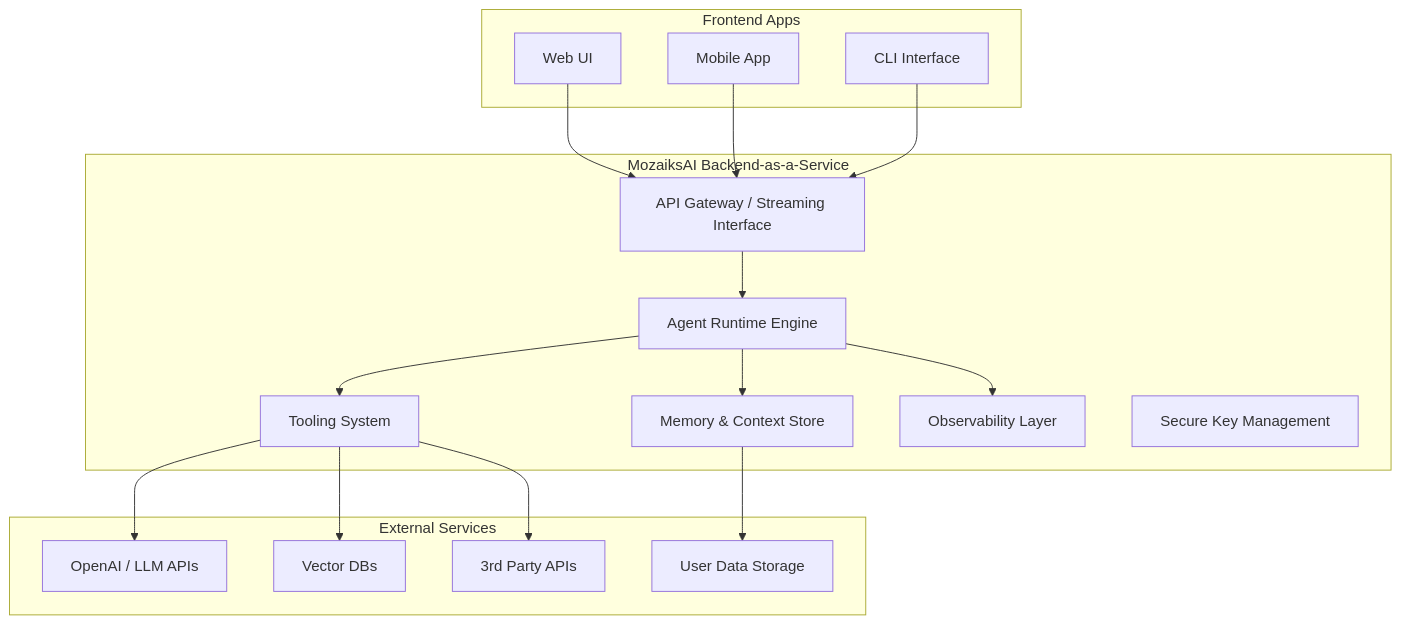
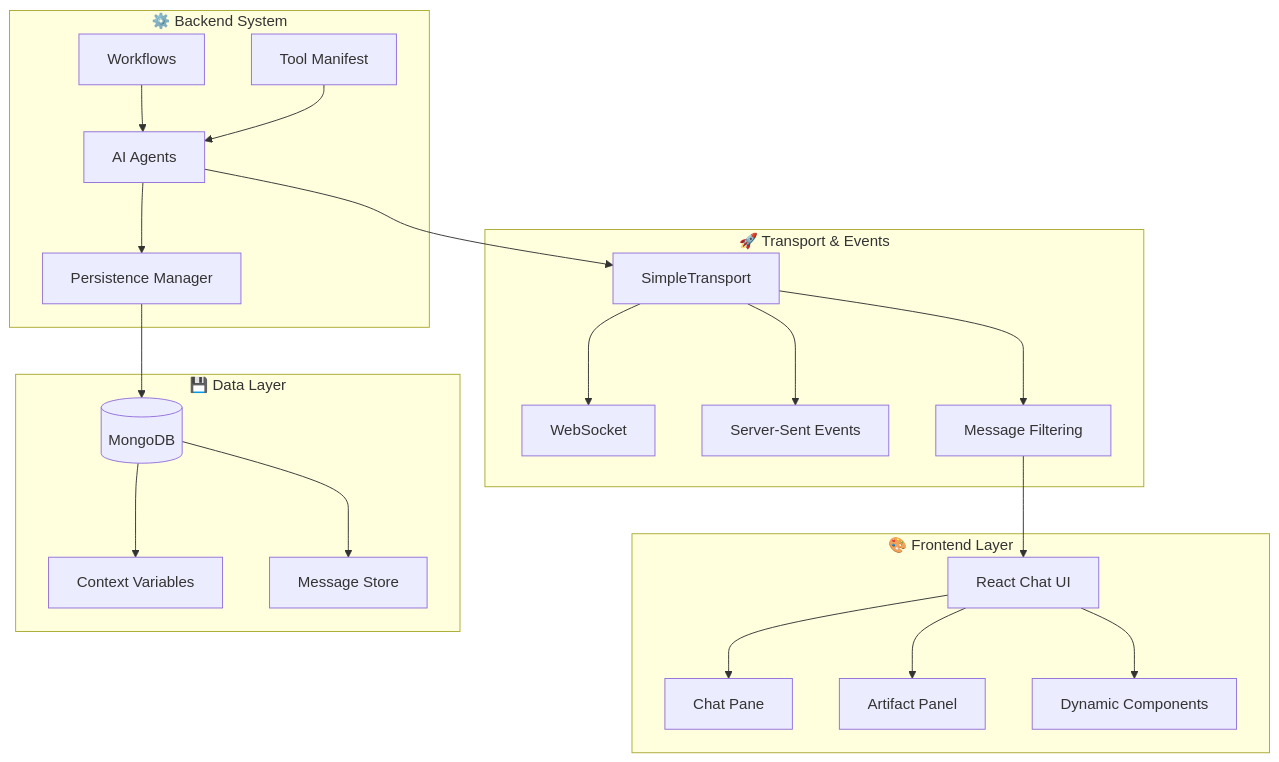
Before and after one commit to BlocUnited-LLC/mozaiks-ai: the diagram in README.md, drawn with Mermaid. The commit also changed other lines of this file and 10 other files, not shown here.

````diff
--- a/README.md
+++ b/README.md
@@ -25,37 +28,45 @@
 ```mermaid
 graph TD
-    subgraph Frontend Apps
-      A1[Web UI]
-      A2[Mobile App]
-      A3[CLI Interface]
+    subgraph Frontend["🎨 Frontend Layer"]
+      UI[React Chat UI]
+      CP[Chat Pane]
+      AP[Artifact Panel]
+      DC[Dynamic Components]
     end
 
-    subgraph MozaiksAI Backend-as-a-Service
-      B1[Agent Runtime Engine]
-      B2[Tooling System]
-      B3[Memory & Context Store]
-      B4[API Gateway / Streaming Interface]
-      B5[Observability Layer]
-      B6[Secure Key Management]
+    subgraph Transport["🚀 Transport & Events"]
+      ST[SimpleTransport]
+      WS[WebSocket]
+      SSE[Server-Sent Events]
+      MF[Message Filtering]
     end
 
-    subgraph External Services
-      C1[OpenAI / LLM APIs]
-      C2[Vector DBs]
-      C3[3rd Party APIs]
-      C4[User Data Storage]
+    subgraph Backend["⚙️ Backend System"]
+      WF[Workflows]
+      AG[AI Agents]
+      TM[Tool Manifest]
+      PM[Persistence Manager]
     end
 
-    A1 --> B4
-    A2 --> B4
-    A3 --> B4
+    subgraph Storage["💾 Data Layer"]
+      MB[(MongoDB)]
+      CV[Context Variables]
+      MS[Message Store]
+    end
 
-    B4 --> B1
-    B1 --> B2
-    B1 --> B3
-    B1 --> B5
-    B2 --> C1
-    B2 --> C2
-    B2 --> C3
-    B3 --> C4
+    AG --> ST
+    ST --> WS
+    ST --> SSE
+    ST --> MF
+    MF --> UI
+    UI --> CP
+    UI --> AP
+    UI --> DC
+    
+    WF --> AG
+    TM --> AG
+    AG --> PM
+    PM --> MB
+    MB --> CV
+    MB --> MS
 ```
````
